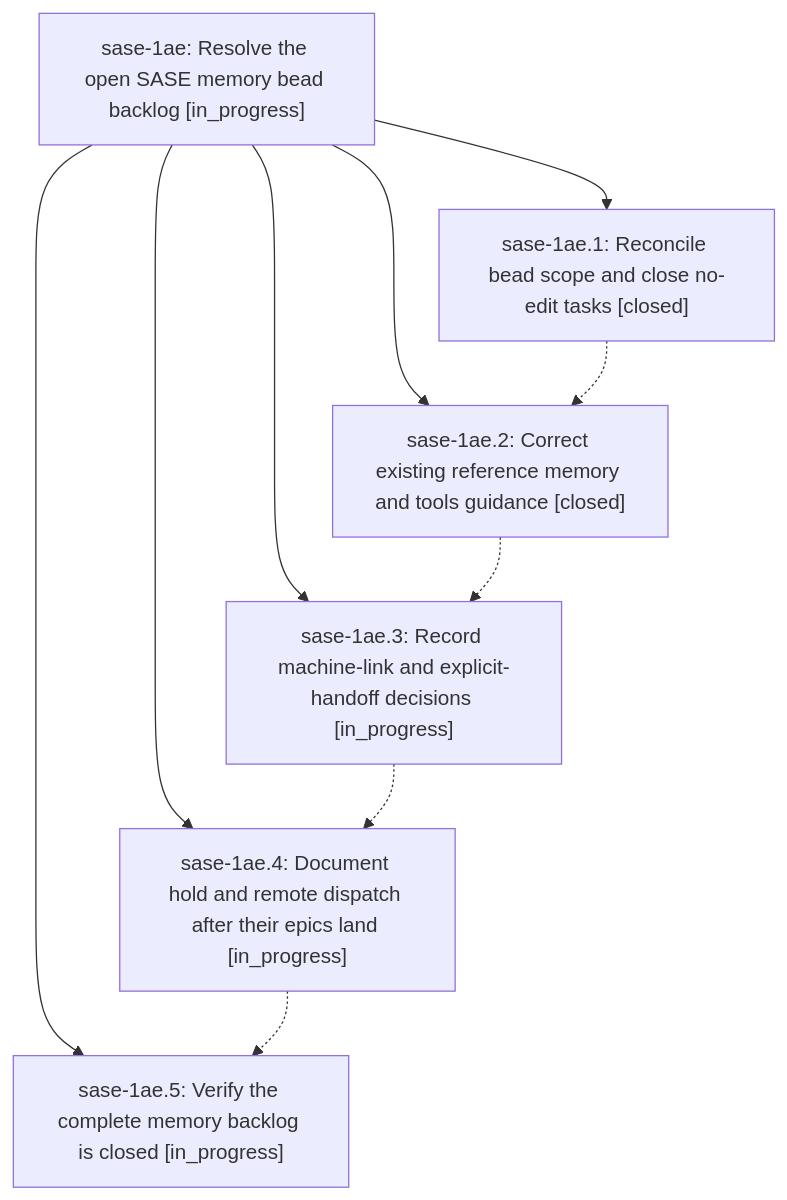
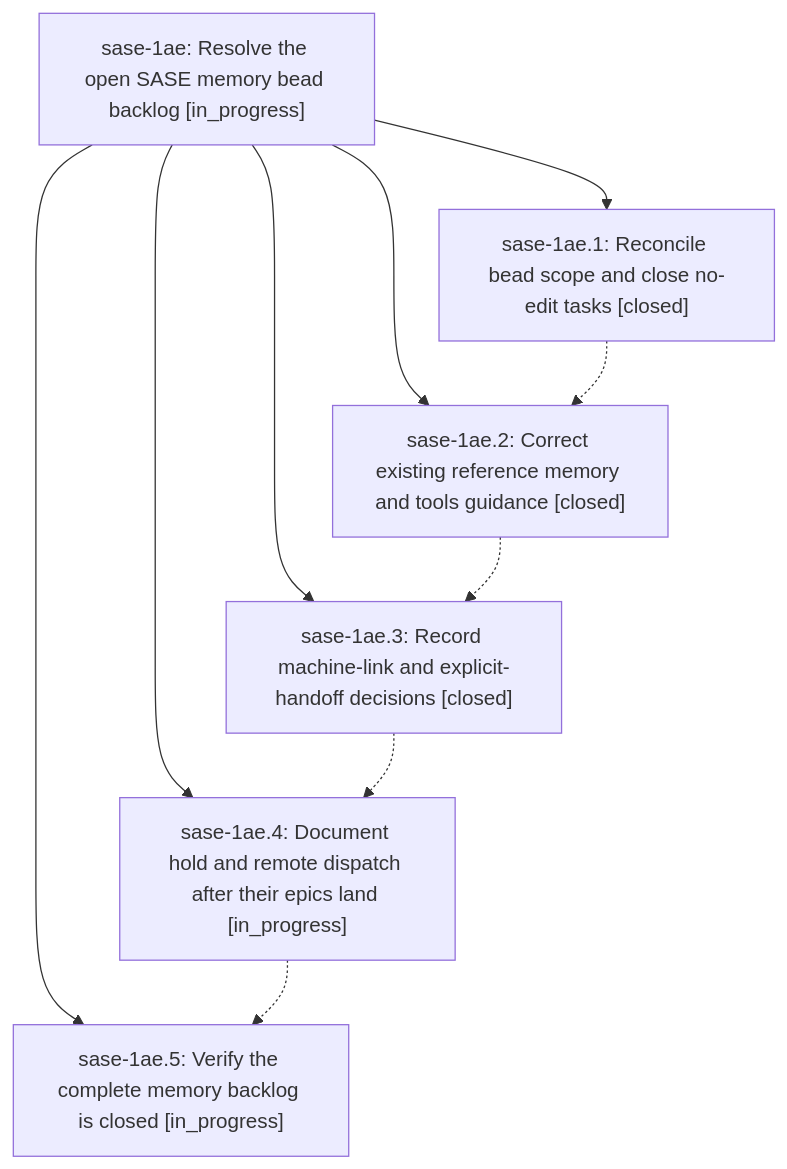
One commit to sase-org/sase--beads changed the diagram in pages/sase-1ae/README.md. Above: the diagram before and after it, drawn with Mermaid. The commit also changed other lines of this file and 3 other files, not shown here.

````diff
--- a/pages/sase-1ae/README.md
+++ b/pages/sase-1ae/README.md
@@ -26,18 +26,18 @@
 ```mermaid
 flowchart TD
     n0["sase-1ae: Resolve the open SASE memory bead backlog [in_progress]"]
     n1["sase-1ae.1: Reconcile bead scope and close no-edit tasks [closed]"]
     n2["sase-1ae.2: Correct existing reference memory and tools guidance [closed]"]
-    n3["sase-1ae.3: Record machine-link and explicit-handoff decisions [in_progress]"]
+    n3["sase-1ae.3: Record machine-link and explicit-handoff decisions [closed]"]
     n4["sase-1ae.4: Document hold and remote dispatch after their epics land [in_progress]"]
     n5["sase-1ae.5: Verify the complete memory backlog is closed [in_progress]"]
     n0 --> n1
     n0 --> n2
     n0 --> n3
     n0 --> n4
     n0 --> n5
     n1 -.-> n2
     n2 -.-> n3
     n3 -.-> n4
     n4 -.-> n5
 ```
````
